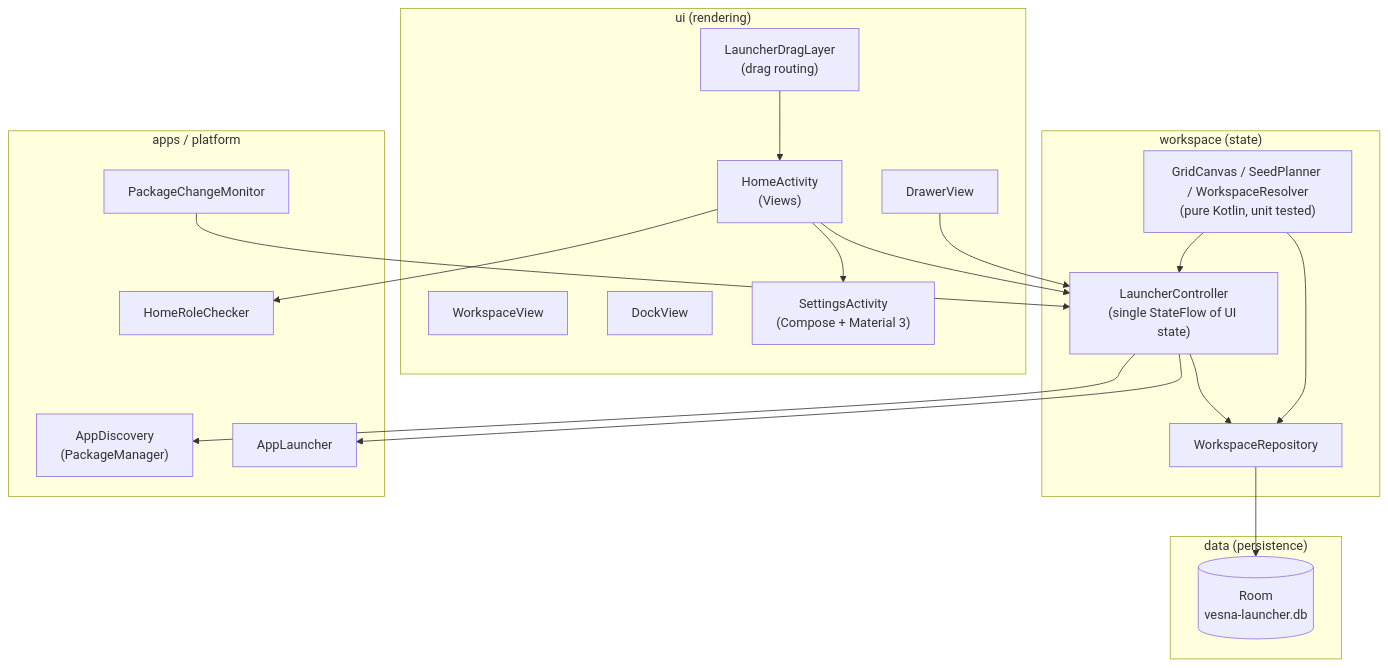
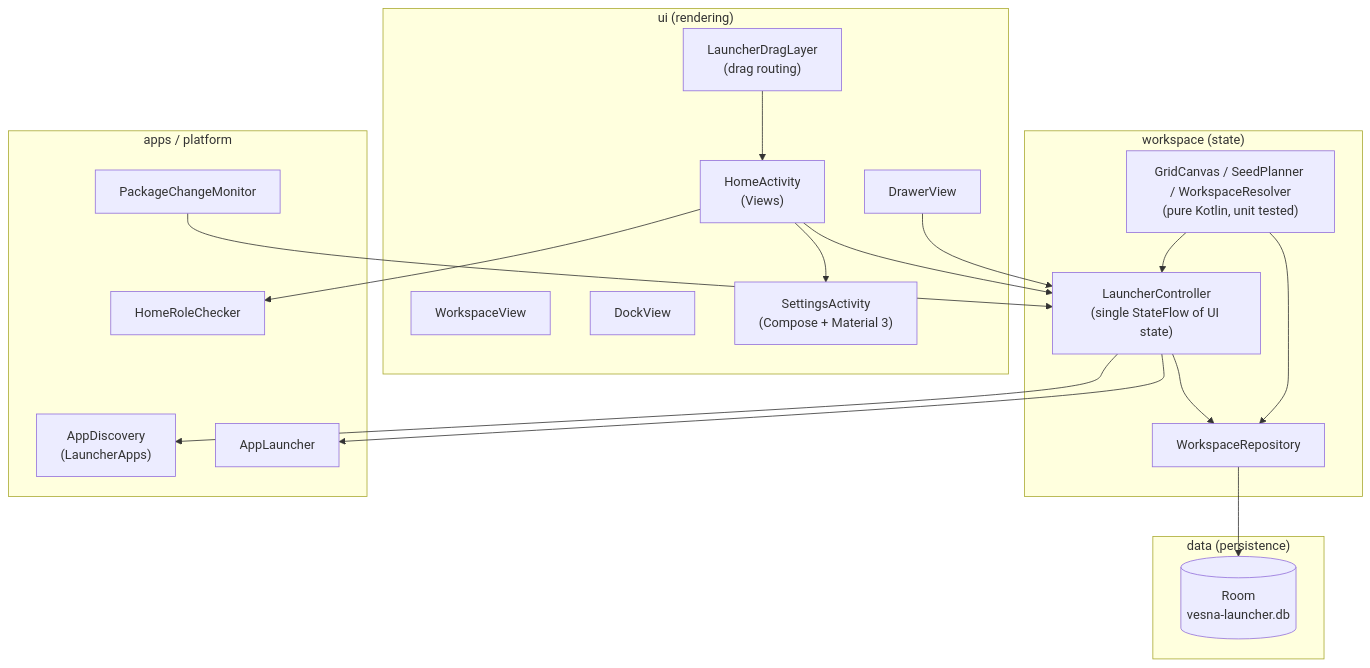
The diagram in docs/architecture/OVERVIEW.md (vladon/vesnalauncher), drawn with Mermaid before and after one commit. The commit also changed other lines of this file and 6 other files, not shown here.

````diff
--- a/docs/architecture/OVERVIEW.md
+++ b/docs/architecture/OVERVIEW.md
@@ -8,41 +8,41 @@
 ```mermaid
 flowchart TB
     subgraph UI["ui (rendering)"]
         HA["HomeActivity<br/>(Views)"]
         WS["WorkspaceView"]
         DK["DockView"]
         DR["DrawerView"]
         LD["LauncherDragLayer<br/>(drag routing)"]
         SA["SettingsActivity<br/>(Compose + Material 3)"]
     end
 
     subgraph STATE["workspace (state)"]
         LC["LauncherController<br/>(single StateFlow of UI state)"]
         WR["WorkspaceRepository"]
         GC["GridCanvas / SeedPlanner / WorkspaceResolver<br/>(pure Kotlin, unit tested)"]
     end
 
     subgraph APPS["apps / platform"]
-        AD["AppDiscovery<br/>(PackageManager)"]
+        AD["AppDiscovery<br/>(LauncherApps)"]
         AL["AppLauncher"]
         PCM["PackageChangeMonitor"]
         HR["HomeRoleChecker"]
     end
 
     subgraph DATA["data (persistence)"]
         DB[("Room<br/>vesna-launcher.db")]
     end
 
     HA --> LC
     DR --> LC
     LD --> HA
     LC --> AD
     LC --> AL
     PCM --> LC
     LC --> WR
     WR --> DB
     GC --> LC
     GC --> WR
     HA --> HR
     HA --> SA
 ```
````
